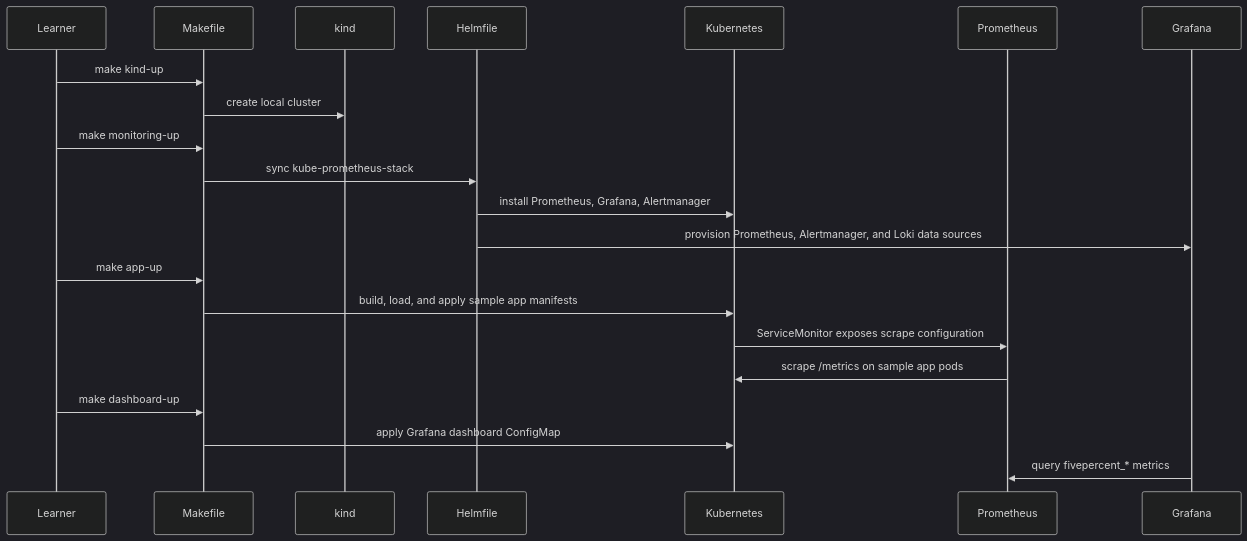
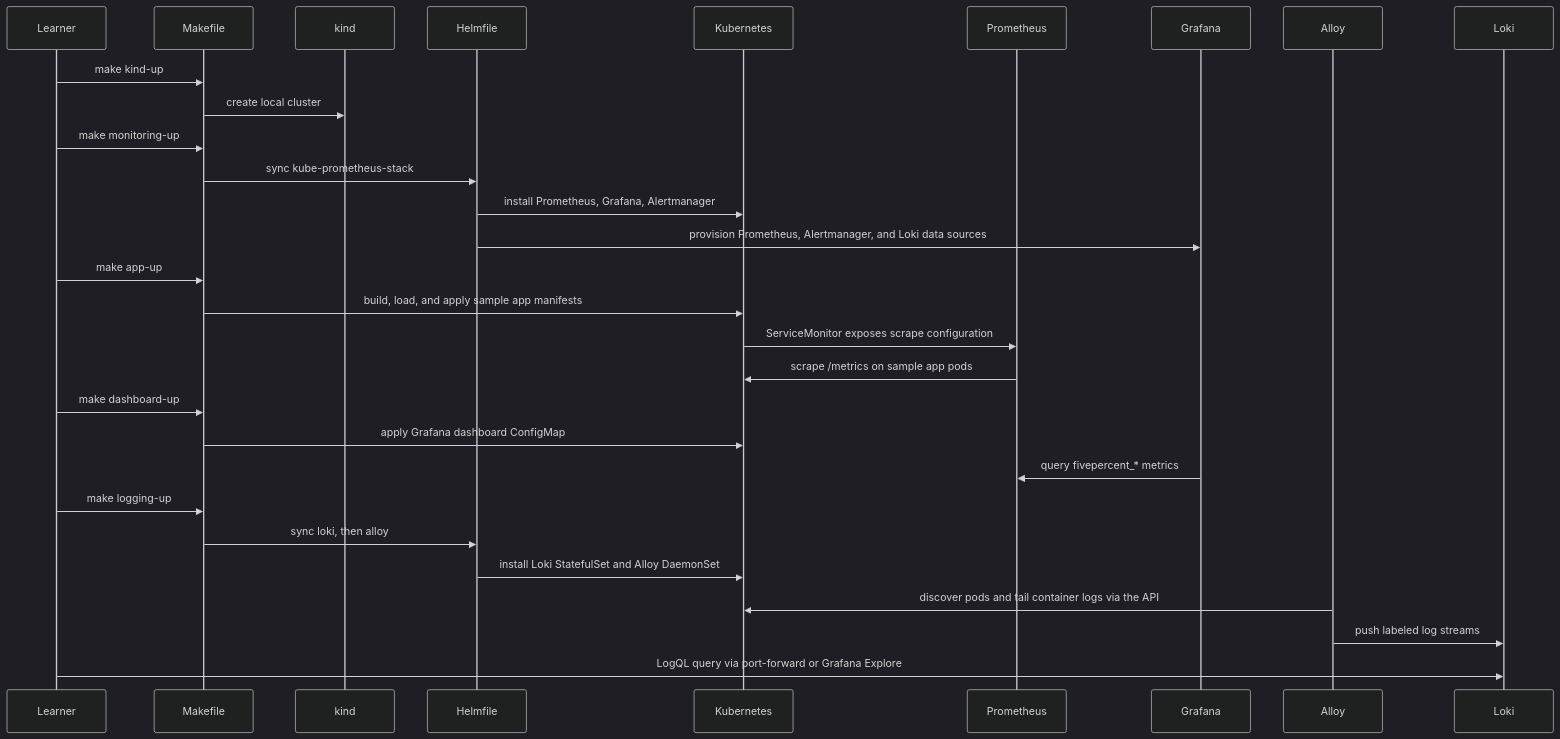
Before and after one commit to AbdulRahmanAlHamali/5percent-observability: the second of 3 diagrams in docs/architecture.md, drawn with Mermaid (dark theme). The commit also changed other lines of this file, not shown here.

Commit message:
Merge logging steps into the single runtime-flow diagram
The optional Loki/Alloy steps had their own separate sequence
diagram for no real reason, unlike the Component Topology diagram
above it which already folds them into one graph. Append them to
the same sequence instead for consistency.

````diff
--- a/docs/architecture.md
+++ b/docs/architecture.md
@@ -47,24 +47,32 @@
 ```mermaid
 sequenceDiagram
   participant Learner
   participant Make as Makefile
   participant Kind as kind
   participant Helmfile
   participant Kubernetes
   participant Prometheus
   participant Grafana
+  participant Alloy
+  participant Loki
 
   Learner->>Make: make kind-up
   Make->>Kind: create local cluster
   Learner->>Make: make monitoring-up
   Make->>Helmfile: sync kube-prometheus-stack
   Helmfile->>Kubernetes: install Prometheus, Grafana, Alertmanager
   Helmfile->>Grafana: provision Prometheus, Alertmanager, and Loki data sources
   Learner->>Make: make app-up
   Make->>Kubernetes: build, load, and apply sample app manifests
   Kubernetes->>Prometheus: ServiceMonitor exposes scrape configuration
   Prometheus->>Kubernetes: scrape /metrics on sample app pods
   Learner->>Make: make dashboard-up
   Make->>Kubernetes: apply Grafana dashboard ConfigMap
   Grafana->>Prometheus: query fivepercent_* metrics
+  Learner->>Make: make logging-up
+  Make->>Helmfile: sync loki, then alloy
+  Helmfile->>Kubernetes: install Loki StatefulSet and Alloy DaemonSet
+  Alloy->>Kubernetes: discover pods and tail container logs via the API
+  Alloy->>Loki: push labeled log streams
+  Learner->>Loki: LogQL query via port-forward or Grafana Explore
 ```
````
